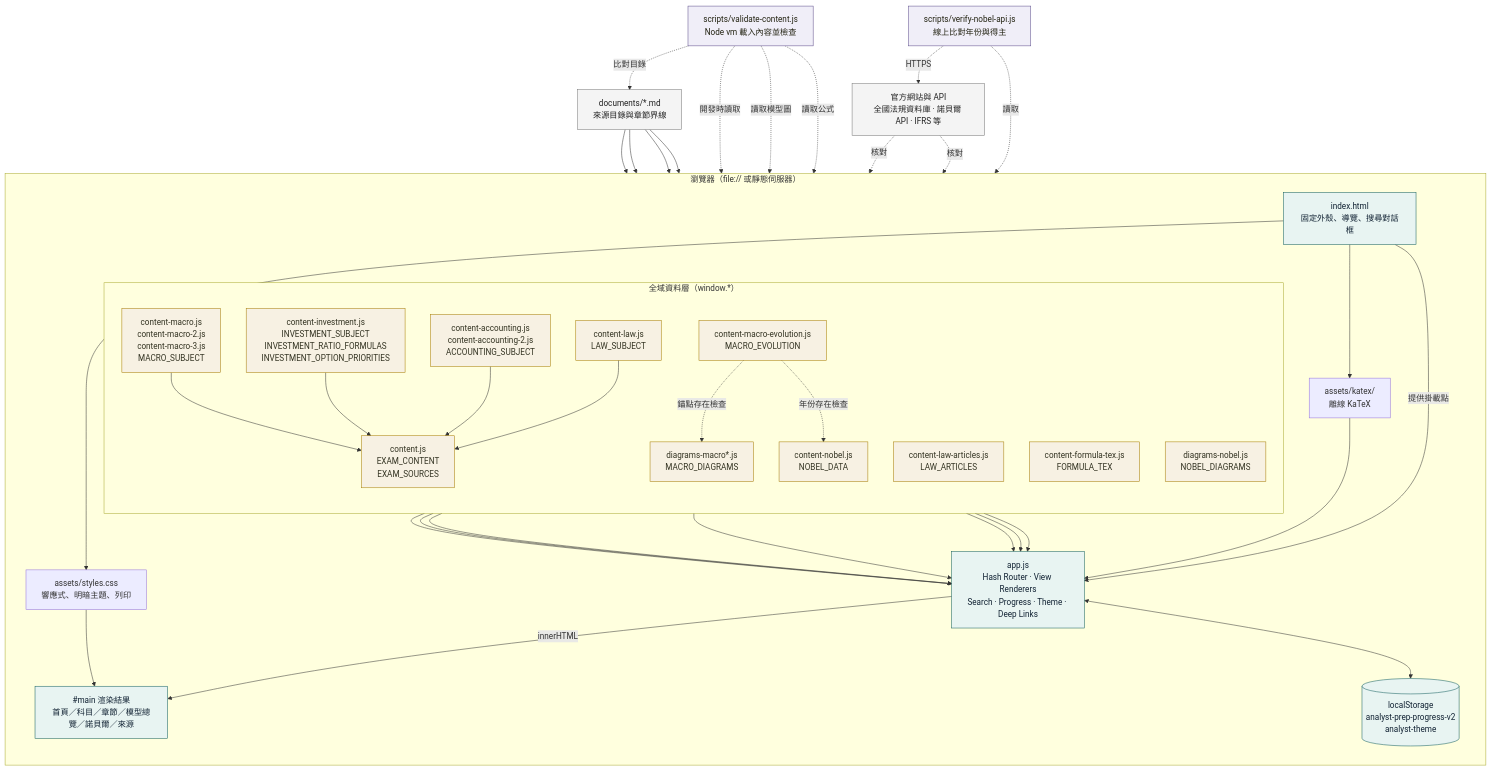
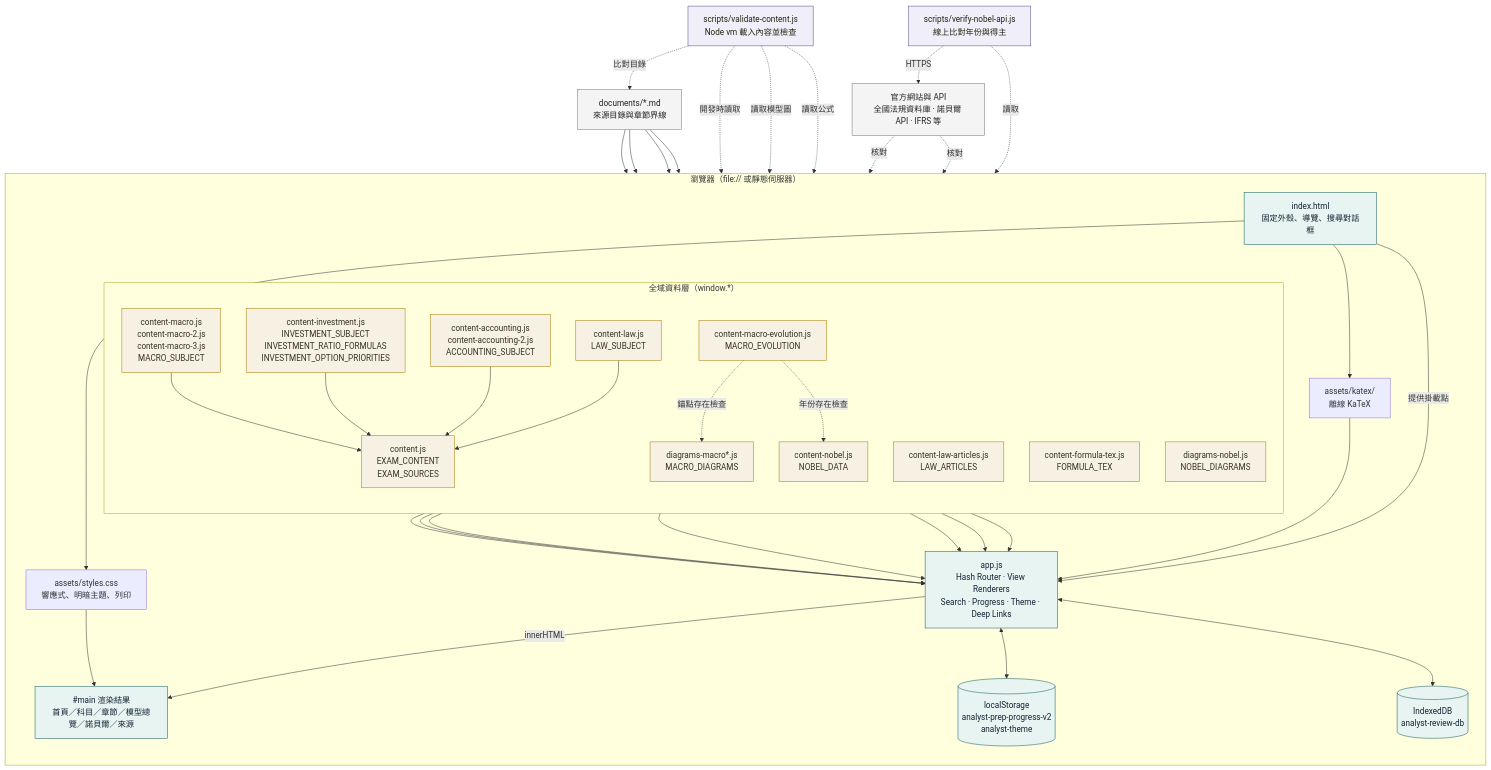
The first of 5 diagrams in documents/architecture.md (solo0920/analysis), drawn with Mermaid before and after one commit. The commit also changed other lines of this file and 5 other files, not shown here.

Commit message:
Add IndexedDB review questions page

````diff
--- a/documents/architecture.md
+++ b/documents/architecture.md
@@ -9,77 +9,79 @@
 ```mermaid
 flowchart TB
   subgraph Browser["瀏覽器（file:// 或靜態伺服器）"]
     direction TB
     Shell["index.html<br/>固定外殼、導覽、搜尋對話框"]
     subgraph Data["全域資料層（window.*）"]
       direction TB
       Macro["content-macro.js<br/>content-macro-2.js<br/>content-macro-3.js<br/>MACRO_SUBJECT"]
       Evolution["content-macro-evolution.js<br/>MACRO_EVOLUTION"]
       Investment["content-investment.js<br/>INVESTMENT_SUBJECT<br/>INVESTMENT_RATIO_FORMULAS<br/>INVESTMENT_OPTION_PRIORITIES"]
       Accounting["content-accounting.js<br/>content-accounting-2.js<br/>ACCOUNTING_SUBJECT"]
       Law["content-law.js<br/>LAW_SUBJECT"]
       LawArticles["content-law-articles.js<br/>LAW_ARTICLES"]
       Formula["content-formula-tex.js<br/>FORMULA_TEX"]
       Aggregate["content.js<br/>EXAM_CONTENT<br/>EXAM_SOURCES"]
       MacroDiagrams["diagrams-macro*.js<br/>MACRO_DIAGRAMS"]
       Nobel["content-nobel.js<br/>NOBEL_DATA"]
       NobelDiagrams["diagrams-nobel.js<br/>NOBEL_DIAGRAMS"]
     end
     App["app.js<br/>Hash Router · View Renderers<br/>Search · Progress · Theme · Deep Links"]
     Katex["assets/katex/<br/>離線 KaTeX"]
     Styles["assets/styles.css<br/>響應式、明暗主題、列印"]
     Views["#main 渲染結果<br/>首頁／科目／章節／模型總覽／諾貝爾／來源"]
     Store[("localStorage<br/>analyst-prep-progress-v2<br/>analyst-theme")]
+    ReviewStore[("IndexedDB<br/>analyst-review-db")]
   end
 
   Sources["documents/*.md<br/>來源目錄與章節界線"]
   Official["官方網站與 API<br/>全國法規資料庫 · 諾貝爾 API · IFRS 等"]
   Validate["scripts/validate-content.js<br/>Node vm 載入內容並檢查"]
   Verify["scripts/verify-nobel-api.js<br/>線上比對年份與得主"]
 
   Sources --> Macro
   Sources --> Investment
   Sources --> Accounting
   Sources --> Law
   Official -.->|核對| Law
   Official -.->|核對| Nobel
 
   Macro --> Aggregate
   Investment --> Aggregate
   Accounting --> Aggregate
   Law --> Aggregate
   Aggregate --> App
   Evolution --> App
   LawArticles --> App
   Formula --> App
   MacroDiagrams --> App
   Nobel --> App
   NobelDiagrams --> App
 
   Evolution -.->|錨點存在檢查| MacroDiagrams
   Evolution -.->|年份存在檢查| Nobel
 
   Shell -->|提供掛載點| App
   Shell --> Styles
   Shell --> Katex
   App -->|innerHTML| Views
   Styles --> Views
   Katex --> App
   App <--> Store
+  App <--> ReviewStore
 
   Validate -.->|開發時讀取| Aggregate
   Validate -.->|讀取模型圖| MacroDiagrams
   Validate -.->|讀取公式| Formula
   Validate -.->|比對目錄| Sources
   Verify -.->|讀取| Nobel
   Verify -.->|HTTPS| Official
 
   classDef client fill:#e8f4f2,stroke:#0f5c5c,color:#123;
   classDef data fill:#f7f1e3,stroke:#a67c00,color:#332;
   classDef source fill:#f4f4f4,stroke:#777,color:#222;
   classDef tooling fill:#f0eef8,stroke:#5b4b8a,color:#221;
-  class Shell,App,Views,Store client;
+  class Shell,App,Views,Store,ReviewStore client;
   class Macro,Evolution,Investment,Accounting,Law,LawArticles,Formula,Aggregate,MacroDiagrams,Nobel,NobelDiagrams data;
   class Sources,Official source;
   class Validate,Verify tooling;
 ```
````
